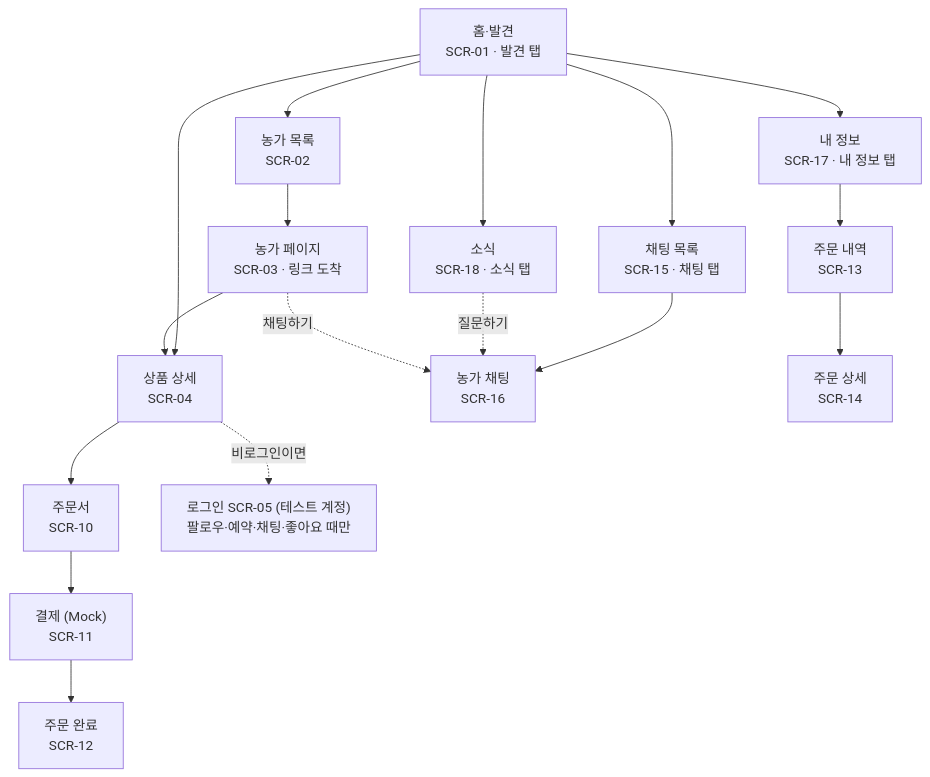
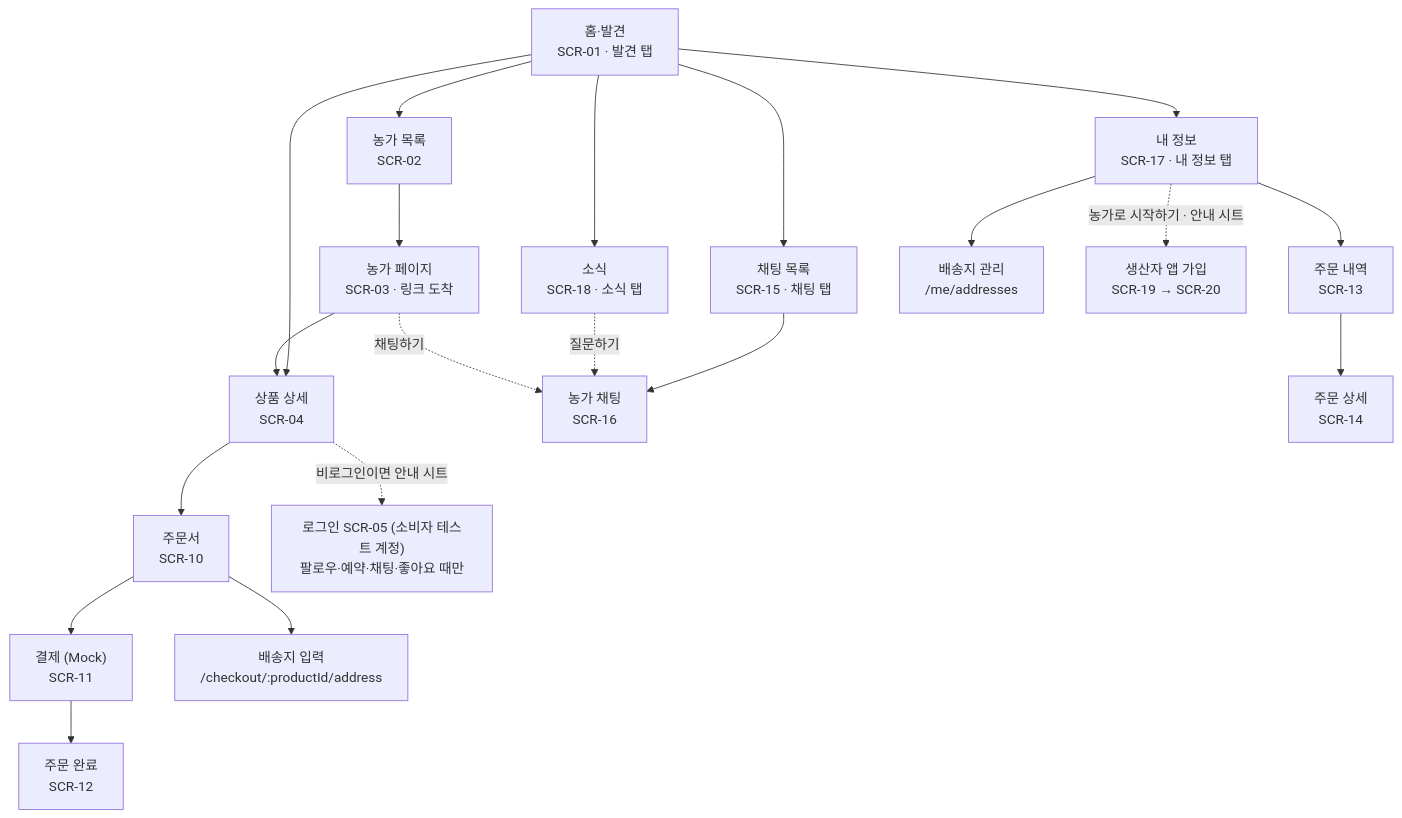
One commit to snuhcs-course/swpp-2026-project-team-06 changed the first of 4 diagrams in docs/spec/ia.md. Above: the diagram before and after it, drawn with Mermaid. The commit also changed other lines of this file, not shown here.

Commit message:
docs(spec): IA 0.4 — 앱별 로그인, 하위 화면·403·정지 안내, IA-Q4 변경 (SWPP-81)

````diff
--- a/docs/spec/ia.md
+++ b/docs/spec/ia.md
@@ -21,20 +21,23 @@
 ```mermaid
 flowchart TD
   home["홈·발견<br/>SCR-01 · 발견 탭"]
   home --> farms["농가 목록<br/>SCR-02"]
   home --> news["소식<br/>SCR-18 · 소식 탭"]
   home --> chats["채팅 목록<br/>SCR-15 · 채팅 탭"]
   home --> me["내 정보<br/>SCR-17 · 내 정보 탭"]
   farms --> farm["농가 페이지<br/>SCR-03 · 링크 도착"]
   home --> product
   farm --> product["상품 상세<br/>SCR-04"]
   product --> checkout["주문서<br/>SCR-10"]
   checkout --> pay["결제 (Mock)<br/>SCR-11"]
   pay --> done["주문 완료<br/>SCR-12"]
   chats --> chat["농가 채팅<br/>SCR-16"]
   news -. 질문하기 .-> chat
   farm -. 채팅하기 .-> chat
   me --> orders["주문 내역<br/>SCR-13"]
   orders --> detail["주문 상세<br/>SCR-14"]
-  product -. 비로그인이면 .-> login["로그인 SCR-05 (테스트 계정)<br/>팔로우·예약·채팅·좋아요 때만"]
+  me --> addresses["배송지 관리<br/>/me/addresses"]
+  checkout --> address["배송지 입력<br/>/checkout/:productId/address"]
+  product -. 비로그인이면 안내 시트 .-> login["로그인 SCR-05 (소비자 테스트 계정)<br/>팔로우·예약·채팅·좋아요 때만"]
+  me -. 농가로 시작하기 · 안내 시트 .-> papp["생산자 앱 가입<br/>SCR-19 → SCR-20"]
 ```
````
